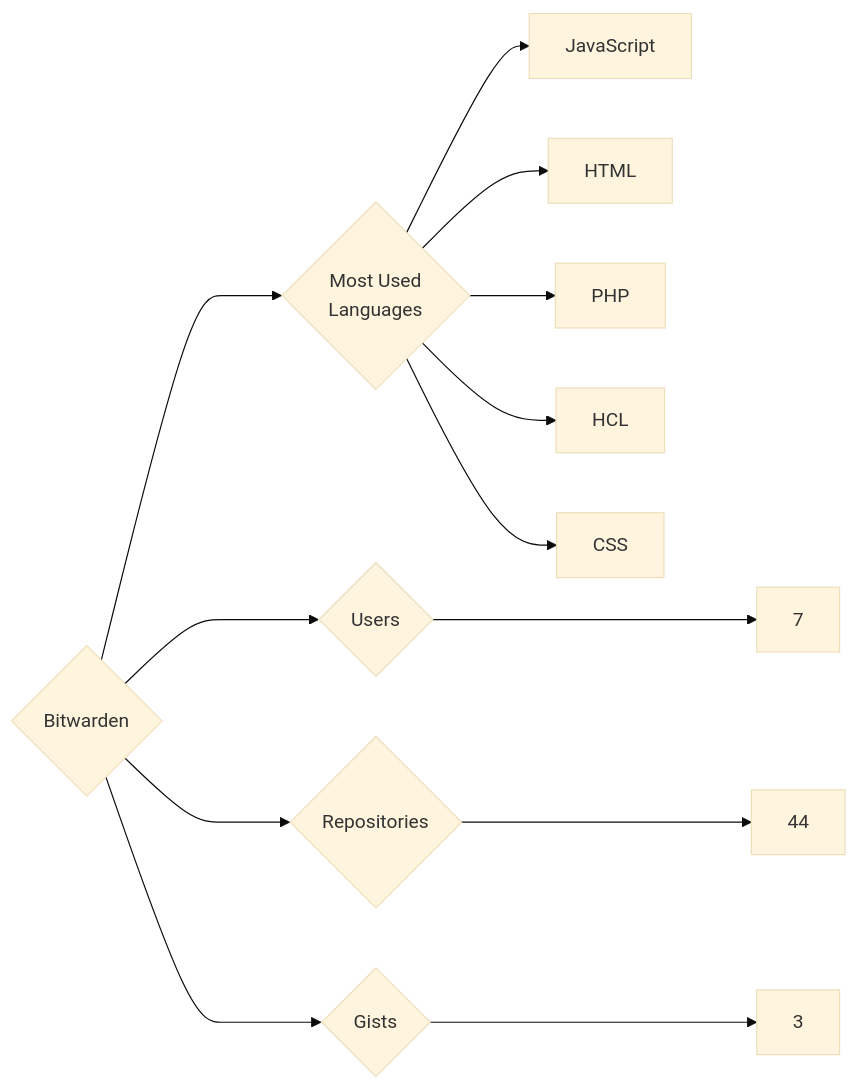
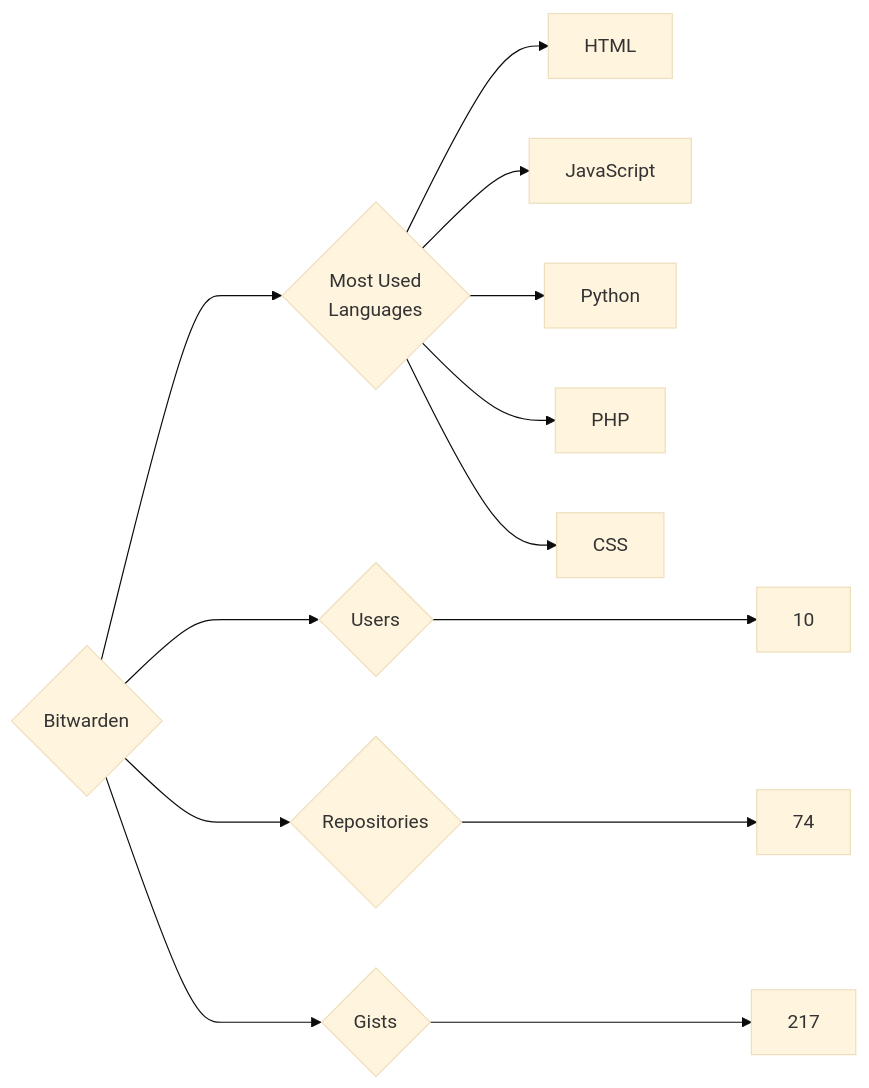
The diagram in targets/Bitwarden/README.md (trickest/insiders), drawn with Mermaid (base theme) before and after one commit. The commit also changed 1212 other files, not shown here.

````diff
--- a/targets/Bitwarden/README.md
+++ b/targets/Bitwarden/README.md
@@ -3,13 +3,13 @@
 ```mermaid
 graph LR
 COMPANY_NAME{Bitwarden}
-COMPANY_NAME ---> U{Users} ---> UN[7]
-COMPANY_NAME ---> R{Repositories} ---> RN[44]
-COMPANY_NAME ---> G{Gists} ---> GN[3]
+COMPANY_NAME ---> U{Users} ---> UN[10]
+COMPANY_NAME ---> R{Repositories} ---> RN[74]
+COMPANY_NAME ---> G{Gists} ---> GN[217]
 COMPANY_NAME ---> ML{Most Used<br>Languages}
+ML --> HTML[HTML]
 ML --> JavaScript[JavaScript]
-ML --> HTML[HTML]
+ML --> Python[Python]
 ML --> PHP[PHP]
-ML --> HCL[HCL]
 ML --> CSS[CSS]
 ```
````
